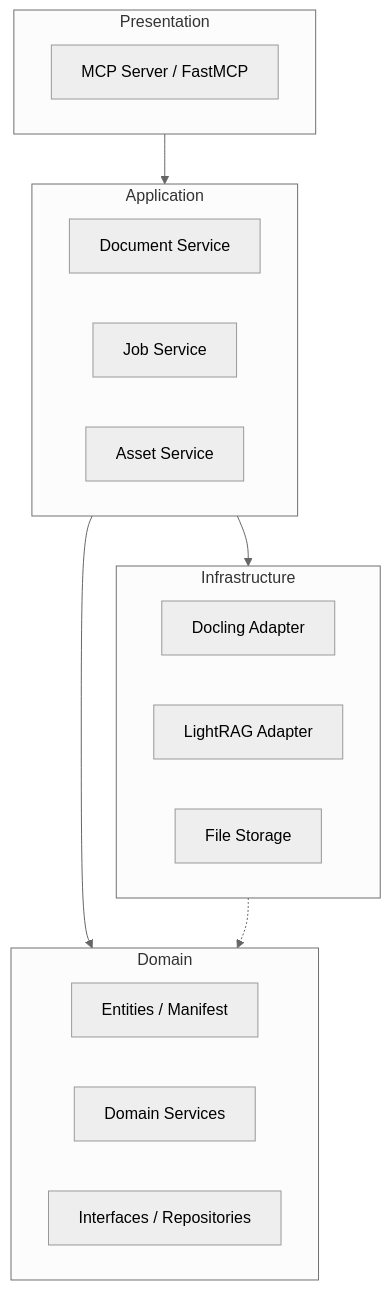
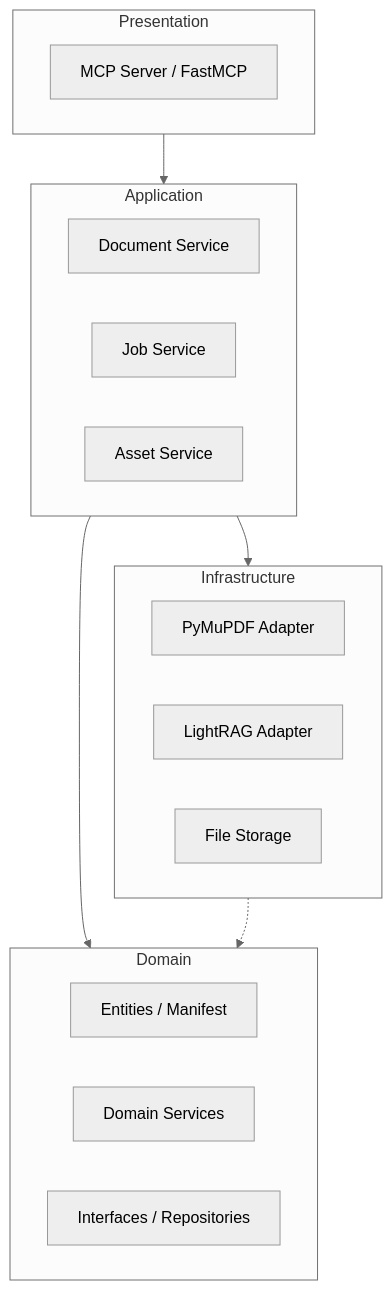
The diagram in ARCHITECTURE.md (u9401066/asset-aware-mcp), drawn with Mermaid (neutral theme) before and after one commit. The commit also changed other lines of this file and 5 other files, not shown here.

````diff
--- a/ARCHITECTURE.md
+++ b/ARCHITECTURE.md
@@ -7,29 +7,29 @@
 ```mermaid
 graph TD
     subgraph Presentation
         MCP[MCP Server / FastMCP]
     end
 
     subgraph Application
         DS[Document Service]
         JS[Job Service]
         AS[Asset Service]
     end
 
     subgraph Domain
         DE[Entities / Manifest]
         DSV[Domain Services]
         DI[Interfaces / Repositories]
     end
 
     subgraph Infrastructure
-        DL[Docling Adapter]
+        PA[PyMuPDF Adapter]
         LR[LightRAG Adapter]
         FS[File Storage]
     end
 
     Presentation --> Application
     Application --> Domain
     Infrastructure -.-> Domain
     Application --> Infrastructure
 ```
````
